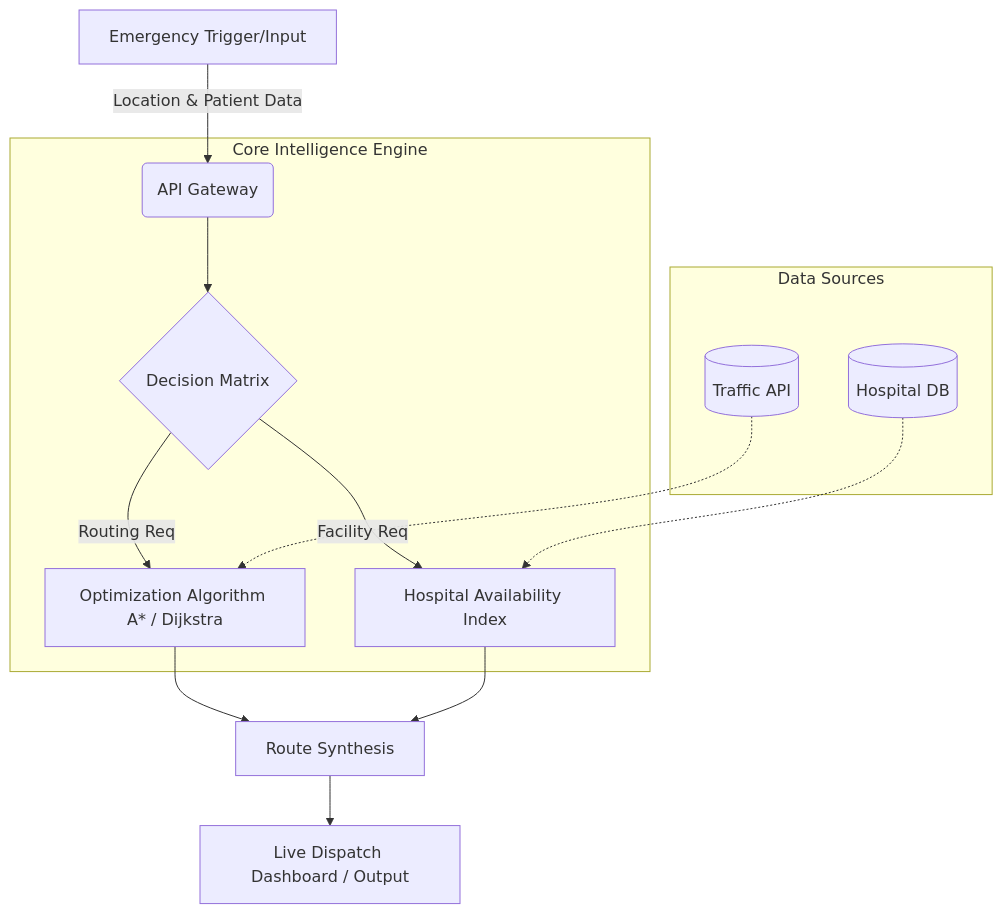
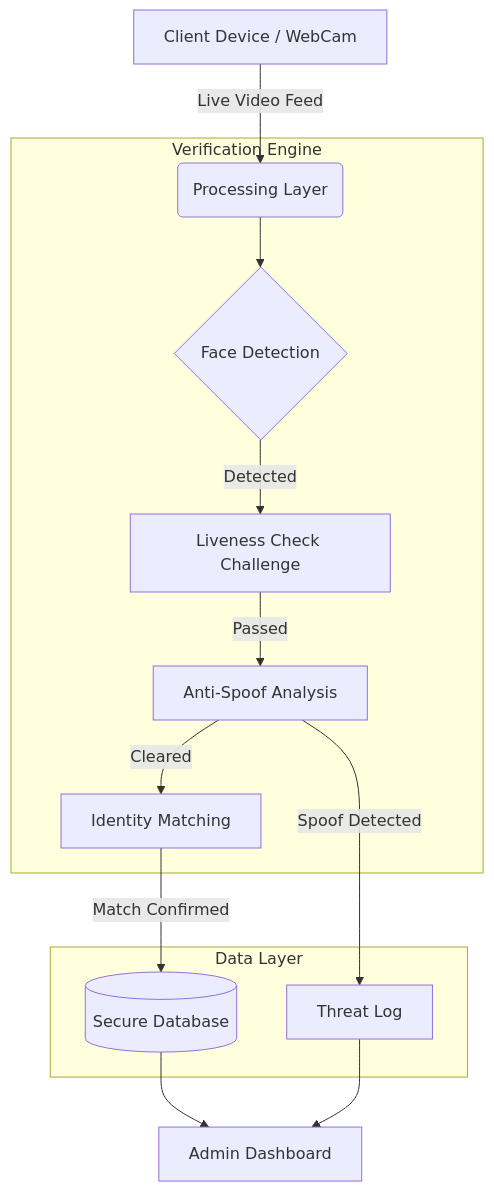
Before and after one commit to RtGamerz009/Attendance-Verifier: the diagram in README.md, drawn with Mermaid. The commit also changed other lines of this file, not shown here.

````diff
--- a/README.md
+++ b/README.md
@@ -64,19 +64,19 @@
 ```mermaid
 graph TD;
-    A[Emergency Trigger/Input] -->|Location & Patient Data| B(API Gateway)
+    A[Client Device / WebCam] -->|Live Video Feed| B(Processing Layer)
     
-    subgraph Core Intelligence Engine
-    B --> C{Decision Matrix}
-    C -->|Routing Req| D[Optimization Algorithm A* / Dijkstra]
-    C -->|Facility Req| E[Hospital Availability Index]
+    subgraph Verification Engine
+    B --> C{Face Detection}
+    C -->|Detected| D[Liveness Check Challenge]
+    D -->|Passed| E[Anti-Spoof Analysis]
+    E -->|Cleared| F[Identity Matching]
     end
     
-    subgraph Data Sources
-    F[(Traffic API)] -.-> D
-    G[(Hospital DB)] -.-> E
+    subgraph Data Layer
+    F -->|Match Confirmed| G[(Secure Database)]
+    E -->|Spoof Detected| H[Threat Log]
     end
     
-    D --> H[Route Synthesis]
-    E --> H
-    H --> I[Live Dispatch Dashboard / Output]
+    G --> I[Admin Dashboard]
+    H --> I
 ```
````
